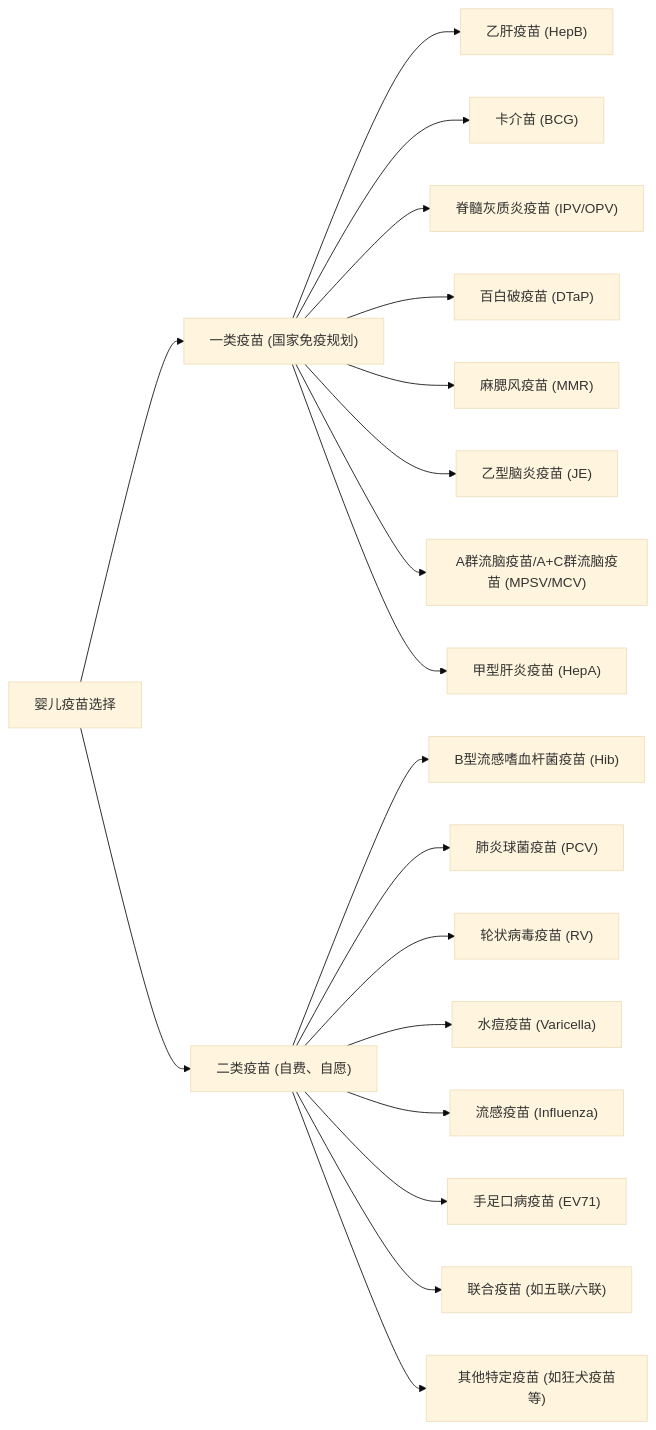
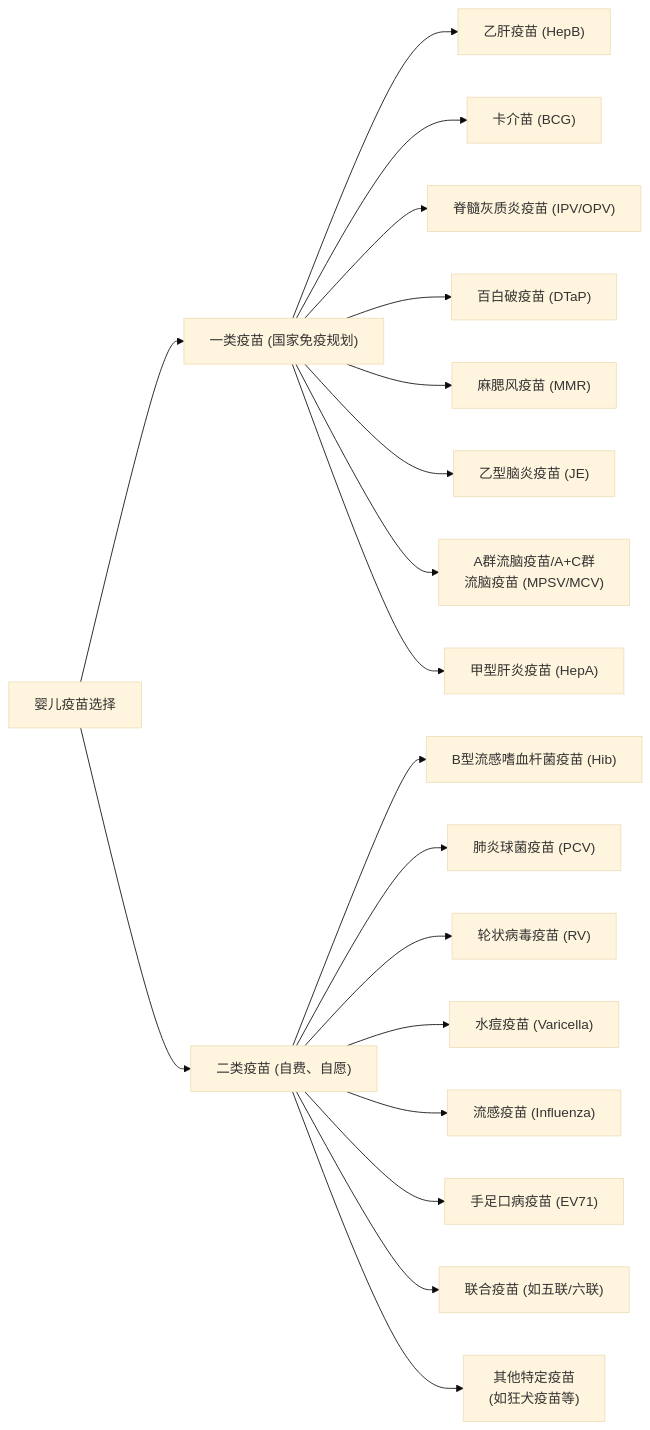
One commit to teatang/t-blog changed the diagram in source/_posts/2025/2025-08-19_中国婴儿疫苗选择详解：免疫规划与非免疫规划疫苗对比分析.md. Above: the diagram before and after it, drawn with Mermaid (base theme). The commit also changed 1 other file, not shown here.

Commit message:
update blog

```diff
--- a/source/_posts/2025/2025-08-19_中国婴儿疫苗选择详解：免疫规划与非免疫规划疫苗对比分析.md
+++ b/source/_posts/2025/2025-08-19_中国婴儿疫苗选择详解：免疫规划与非免疫规划疫苗对比分析.md
@@ -54,23 +54,23 @@
 {% mermaid %}
 graph LR
     A[婴儿疫苗选择] --> B["一类疫苗 (国家免疫规划)"]
     A --> C["二类疫苗 (自费、自愿)"]
 
     B --> B1["乙肝疫苗 (HepB)"]
     B --> B2["卡介苗 (BCG)"]
     B --> B3["脊髓灰质炎疫苗 (IPV/OPV)"]
     B --> B4["百白破疫苗 (DTaP)"]
     B --> B5["麻腮风疫苗 (MMR)"]
     B --> B6["乙型脑炎疫苗 (JE)"]
-    B --> B7["A群流脑疫苗/A+C群流脑疫苗 (MPSV/MCV)"]
+    B --> B7["A群流脑疫苗/A+C群<br>流脑疫苗 (MPSV/MCV)"]
     B --> B8["甲型肝炎疫苗 (HepA)"]
 
     C --> C1["B型流感嗜血杆菌疫苗 (Hib)"]
     C --> C2["肺炎球菌疫苗 (PCV)"]
     C --> C3["轮状病毒疫苗 (RV)"]
     C --> C4["水痘疫苗 (Varicella)"]
     C --> C5["流感疫苗 (Influenza)"]
     C --> C6["手足口病疫苗 (EV71)"]
     C --> C7["联合疫苗 (如五联/六联)"]
-    C --> C8["其他特定疫苗 (如狂犬疫苗等)"]
+    C --> C8["其他特定疫苗 <br>(如狂犬疫苗等)"]
 {% endmermaid %}
```
